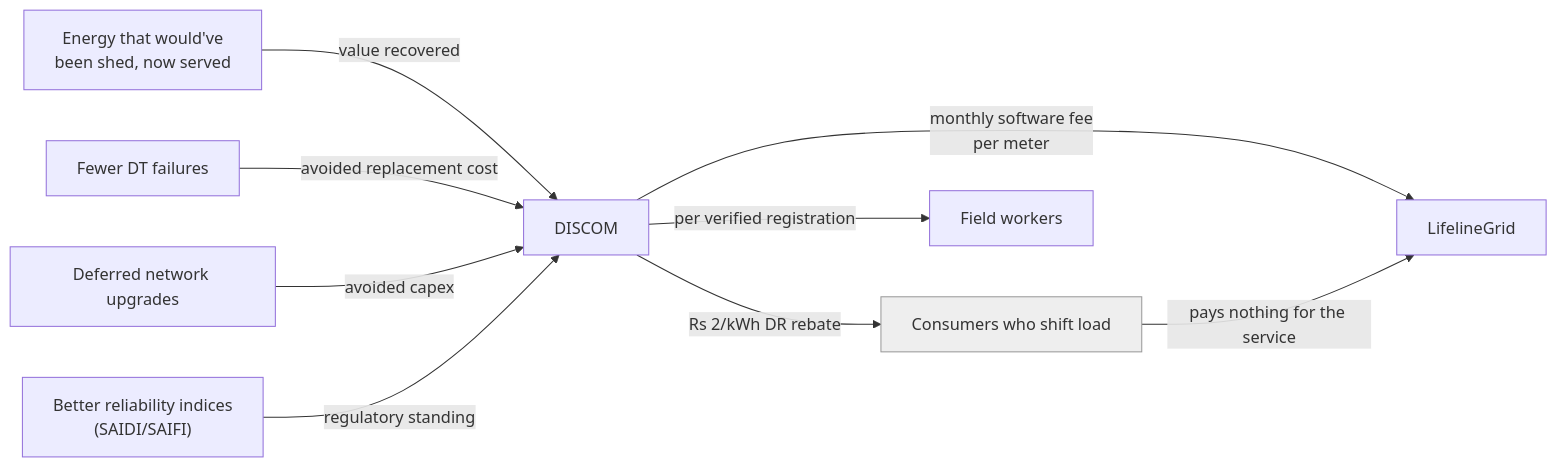
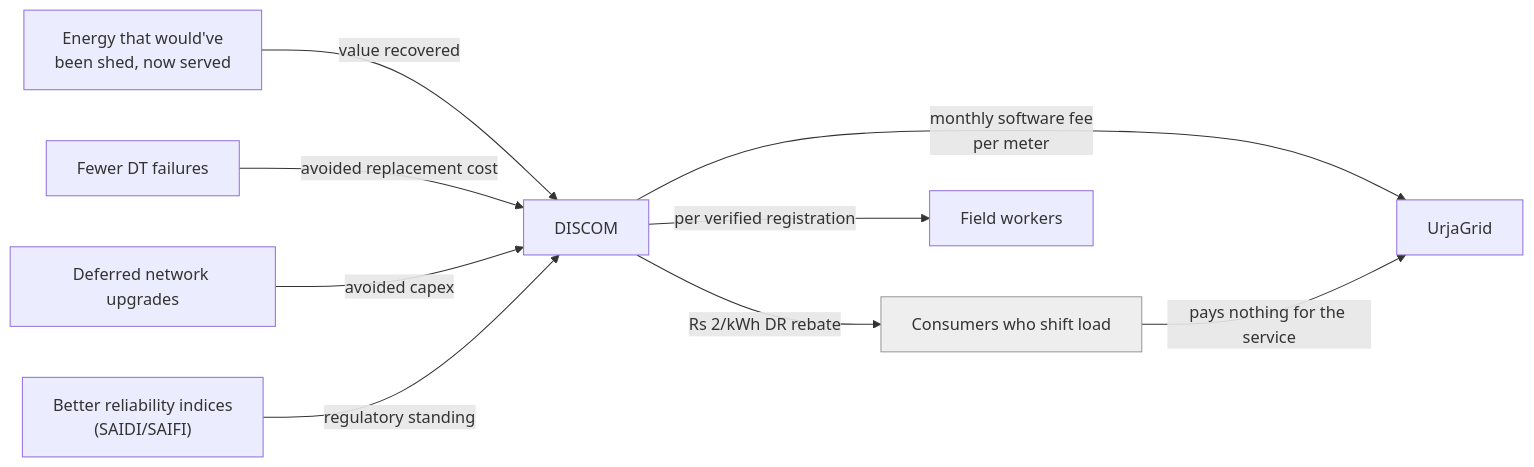
The fourth of 4 diagrams in docs/ARCHITECTURE.md (harshkawatra11/urjagrid), drawn with Mermaid before and after one commit. The commit also changed other lines of this file and 46 other files, not shown here.

First line of the commit message:
Rebrand product from LifelineGrid to UrjaGrid, wire real logo and favicon

````diff
--- a/docs/ARCHITECTURE.md
+++ b/docs/ARCHITECTURE.md
@@ -172,15 +172,15 @@
 ```mermaid
 flowchart LR
-    DISCOM["DISCOM"] -->|monthly software fee\nper meter| LIFELINEGRID["LifelineGrid"]
+    DISCOM["DISCOM"] -->|monthly software fee\nper meter| LIFELINEGRID["UrjaGrid"]
     DISCOM -->|Rs 2/kWh DR rebate| CONSUMERS["Consumers who shift load"]
     DISCOM -->|per verified registration| FIELDWORKERS["Field workers"]
 
     CONSUMERS -->|pays nothing for the service| LIFELINEGRID
 
     AVOIDED["Energy that would've\nbeen shed, now served"] -->|value recovered| DISCOM
     FEWERFAIL["Fewer DT failures"] -->|avoided replacement cost| DISCOM
     DEFERRED["Deferred network upgrades"] -->|avoided capex| DISCOM
     BETTERREL["Better reliability indices\n(SAIDI/SAIFI)"] -->|regulatory standing| DISCOM
 
     style CONSUMERS fill:#eee,stroke:#999
 ```
````
